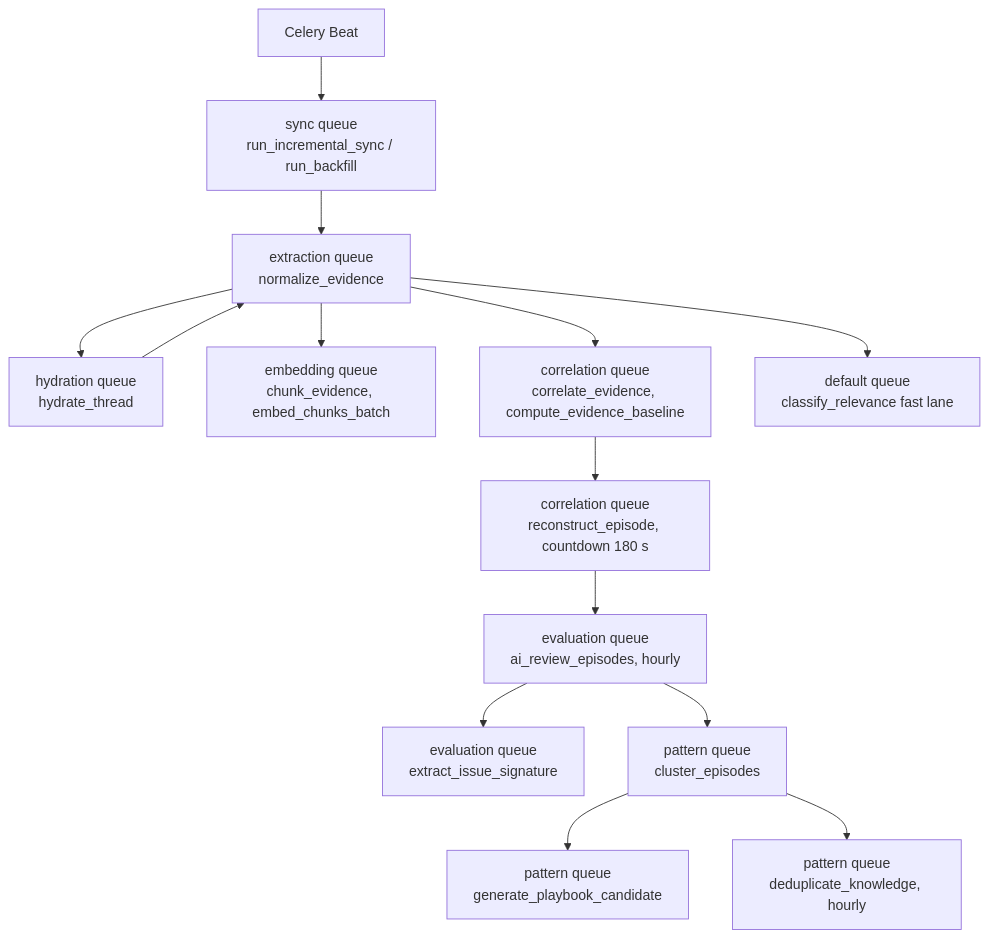
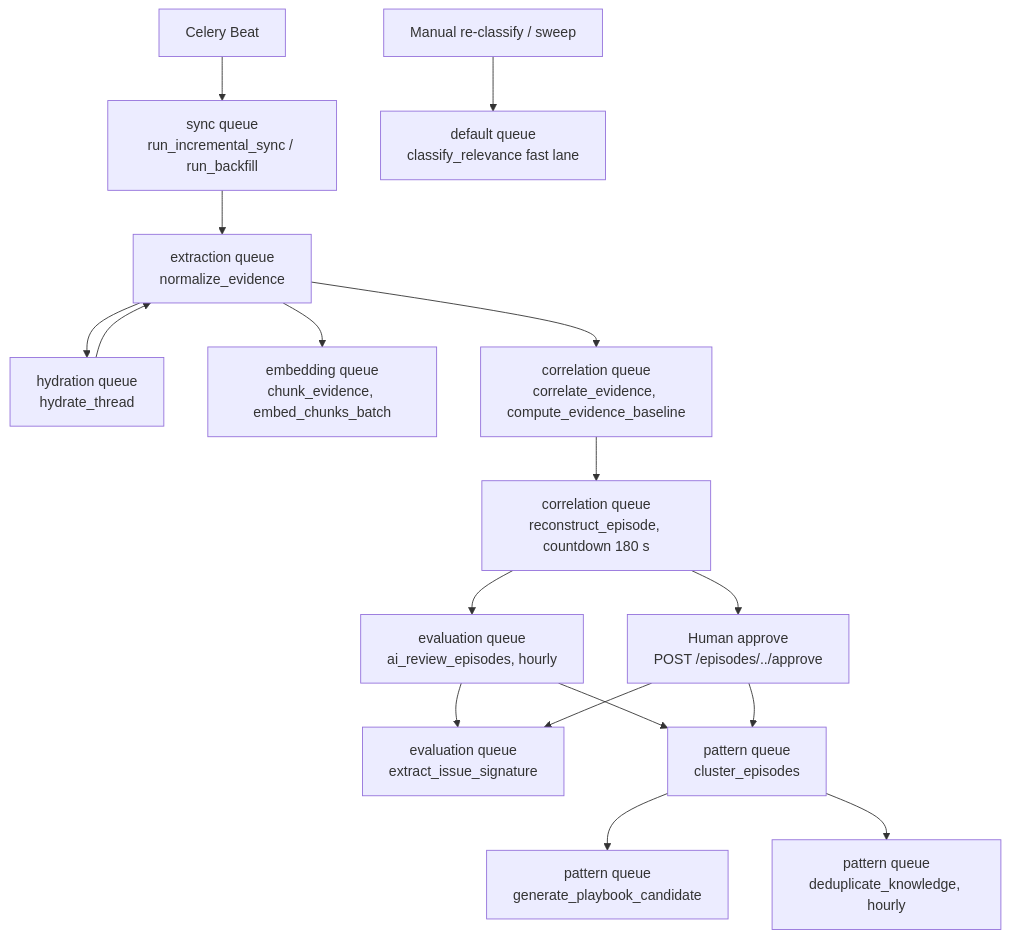
The fourth of 4 diagrams in docs/03_End_to_End_Project_Flow.md (Valuedx/ContextEdge), drawn with Mermaid before and after one commit. The commit also changed other lines of this file and 39 other files, not shown here.

````diff
--- a/docs/03_End_to_End_Project_Flow.md
+++ b/docs/03_End_to_End_Project_Flow.md
@@ -554,16 +578,19 @@
 ```mermaid
 flowchart TD
     Beat[Celery Beat] --> S[sync queue<br/>run_incremental_sync / run_backfill]
     S --> N[extraction queue<br/>normalize_evidence]
     N --> H[hydration queue<br/>hydrate_thread]
     H --> N
     N --> CH[embedding queue<br/>chunk_evidence, embed_chunks_batch]
     N --> CO[correlation queue<br/>correlate_evidence, compute_evidence_baseline]
     CO --> RE[correlation queue<br/>reconstruct_episode, countdown 180 s]
     RE --> AR[evaluation queue<br/>ai_review_episodes, hourly]
+    RE --> HU[Human approve<br/>POST /episodes/../approve]
     AR --> SG[evaluation queue<br/>extract_issue_signature]
     AR --> PC[pattern queue<br/>cluster_episodes]
+    HU --> SG
+    HU --> PC
     PC --> PG[pattern queue<br/>generate_playbook_candidate]
     PC --> DD[pattern queue<br/>deduplicate_knowledge, hourly]
-    N --> FL[default queue<br/>classify_relevance fast lane]
+    Man[Manual re-classify / sweep] --> FL[default queue<br/>classify_relevance fast lane]
 ```
````
